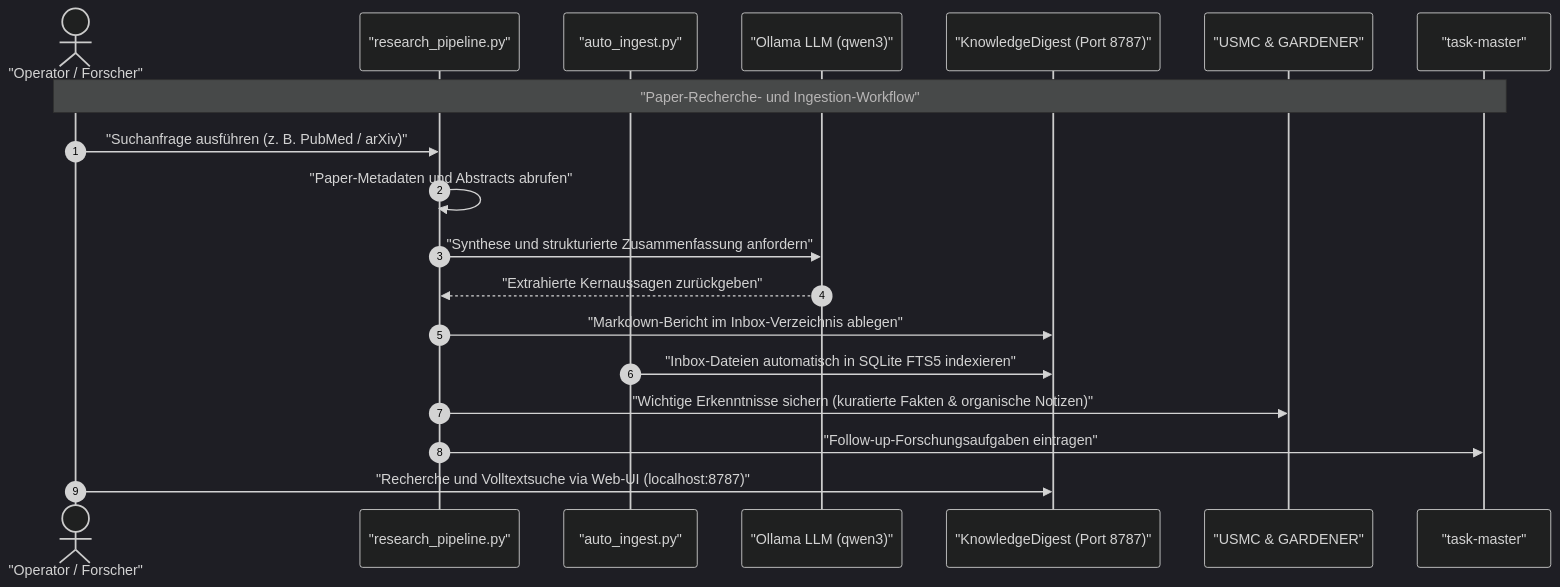
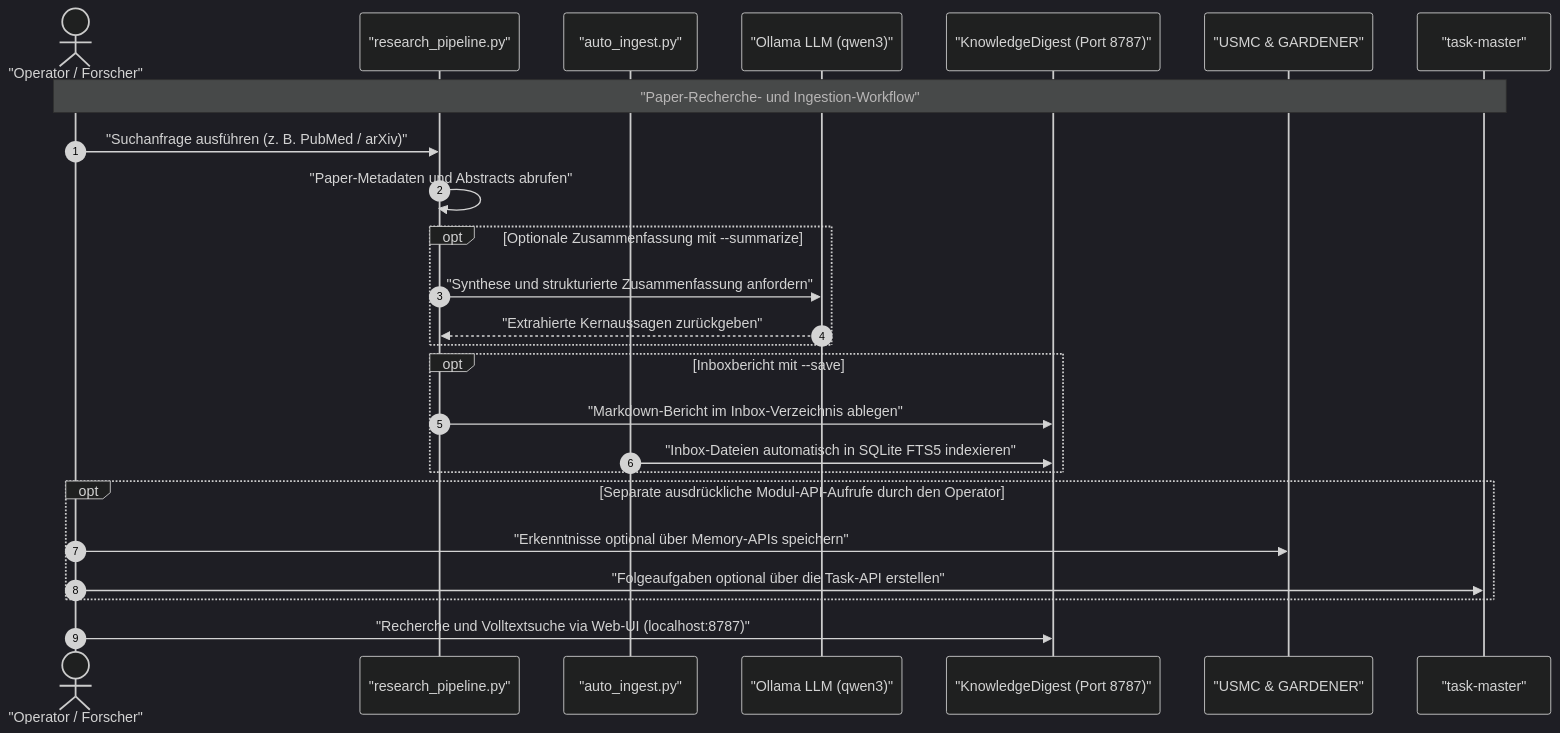
The second of 2 diagrams in README_de.md (ellmos-ai/ellmos-stack), drawn with Mermaid (dark theme) before and after one commit. The commit also changed other lines of this file and 2 other files, not shown here.

Commit message:
docs: distinguish explicit memory calls from research pipeline

````diff
--- a/README_de.md
+++ b/README_de.md
@@ -289,22 +289,28 @@
 ```mermaid
 sequenceDiagram
   autonumber
   actor User as "Operator / Forscher"
   participant Pipeline as "research_pipeline.py"
   participant Ingest as "auto_ingest.py"
   participant LLM as "Ollama LLM (qwen3)"
   participant KD as "KnowledgeDigest (Port 8787)"
   participant Memory as "USMC & GARDENER"
   participant Tasks as "task-master"
 
   Note over User,Tasks: "Paper-Recherche- und Ingestion-Workflow"
   User->>Pipeline: "Suchanfrage ausführen (z. B. PubMed / arXiv)"
   Pipeline->>Pipeline: "Paper-Metadaten und Abstracts abrufen"
-  Pipeline->>LLM: "Synthese und strukturierte Zusammenfassung anfordern"
-  LLM-->>Pipeline: "Extrahierte Kernaussagen zurückgeben"
-  Pipeline->>KD: "Markdown-Bericht im Inbox-Verzeichnis ablegen"
-  Ingest->>KD: "Inbox-Dateien automatisch in SQLite FTS5 indexieren"
-  Pipeline->>Memory: "Wichtige Erkenntnisse sichern (kuratierte Fakten & organische Notizen)"
-  Pipeline->>Tasks: "Follow-up-Forschungsaufgaben eintragen"
+  opt Optionale Zusammenfassung mit --summarize
+    Pipeline->>LLM: "Synthese und strukturierte Zusammenfassung anfordern"
+    LLM-->>Pipeline: "Extrahierte Kernaussagen zurückgeben"
+  end
+  opt Inboxbericht mit --save
+    Pipeline->>KD: "Markdown-Bericht im Inbox-Verzeichnis ablegen"
+    Ingest->>KD: "Inbox-Dateien automatisch in SQLite FTS5 indexieren"
+  end
+  opt Separate ausdrückliche Modul-API-Aufrufe durch den Operator
+    User->>Memory: "Erkenntnisse optional über Memory-APIs speichern"
+    User->>Tasks: "Folgeaufgaben optional über die Task-API erstellen"
+  end
   User->>KD: "Recherche und Volltextsuche via Web-UI (localhost:8787)"
 ```
````
